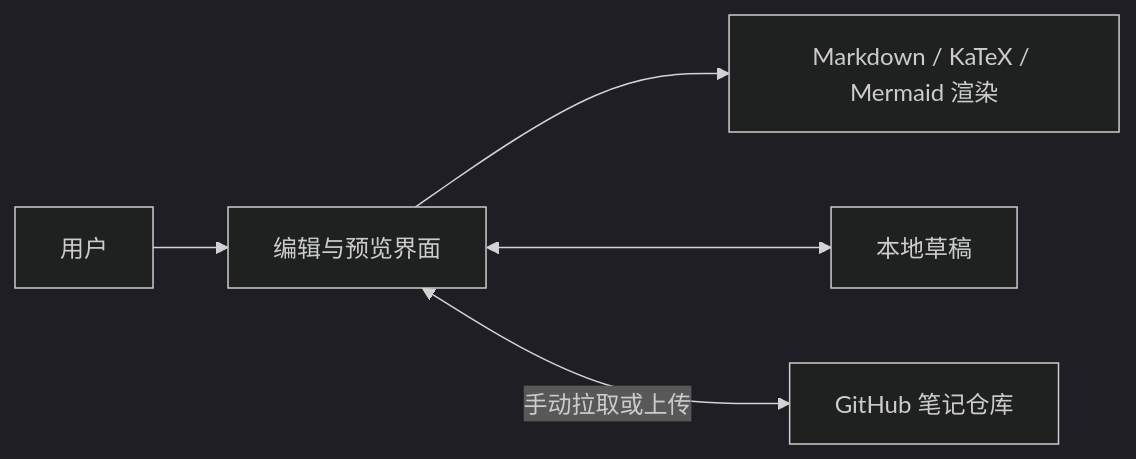
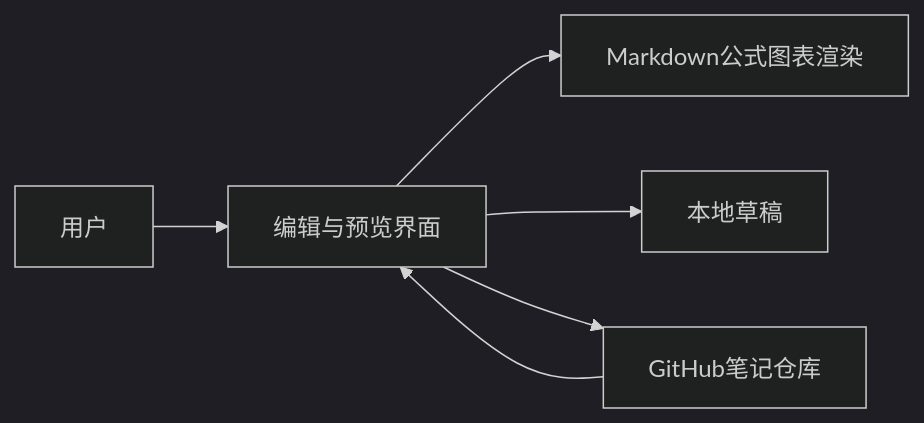
One commit to cfn0324/cfn0324.github.io changed the second of 3 diagrams in source/_posts/Post14.md. Above: the diagram before and after it, drawn with Mermaid (dark theme). The commit also changed other lines of this file, not shown here.

Commit message:
Fix Mermaid diagrams for version 8

````diff
--- a/source/_posts/Post14.md
+++ b/source/_posts/Post14.md
@@ -34,7 +34,8 @@
 ```mermaid
-flowchart LR
+graph LR
     User[用户] --> Editor[编辑与预览界面]
-    Editor --> Renderer[Markdown / KaTeX / Mermaid 渲染]
-    Editor <--> Drafts[本地草稿]
-    Editor <-->|手动拉取或上传| GitHub[GitHub 笔记仓库]
+    Editor --> Renderer[Markdown公式图表渲染]
+    Editor --> Drafts[本地草稿]
+    Editor --> GitHub[GitHub笔记仓库]
+    GitHub --> Editor
 ```
````
